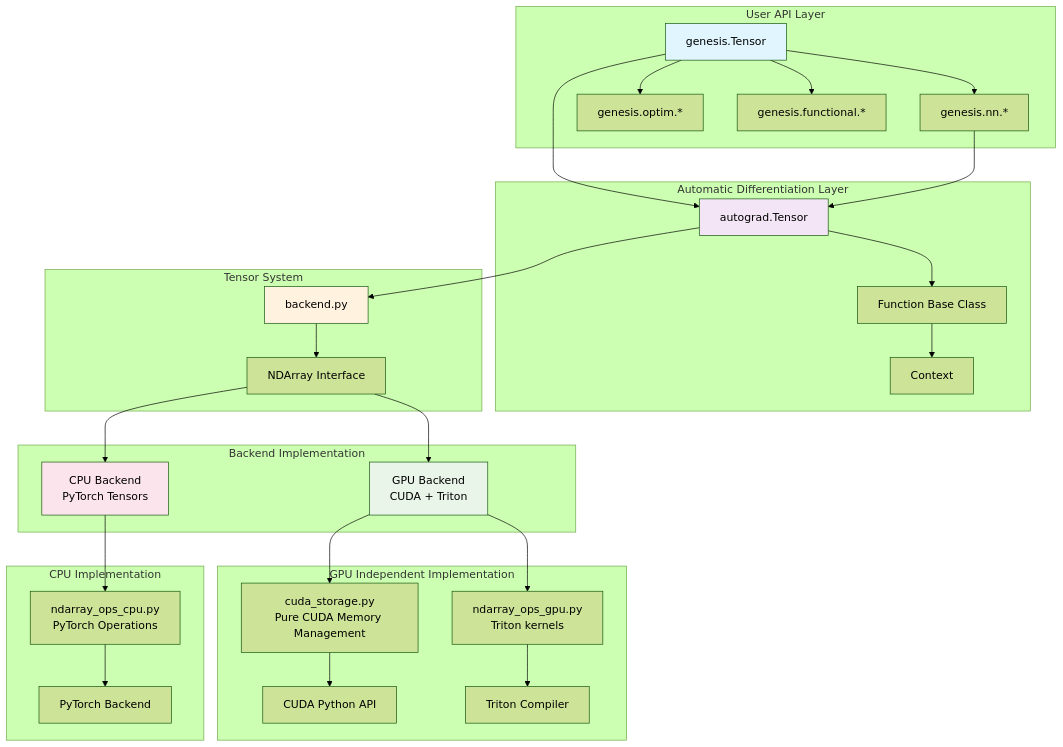
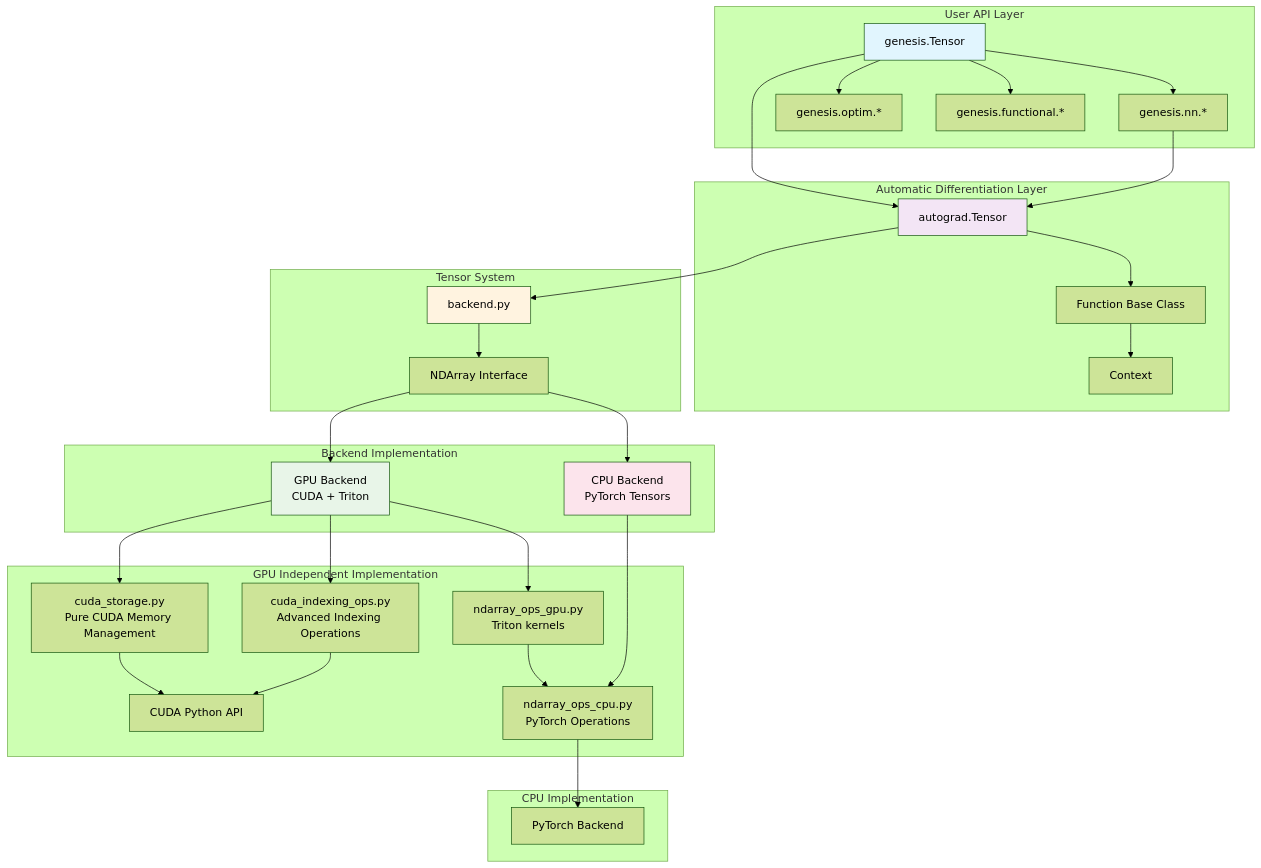
The diagram in docs/en/architecture/index.md (phonism/genesis), drawn with Mermaid (forest theme) before and after one commit. The commit also changed other lines of this file and 18 other files, not shown here.

````diff
--- a/docs/en/architecture/index.md
+++ b/docs/en/architecture/index.md
@@ -7,44 +7,46 @@
 ```mermaid
 graph TB
     subgraph "User API Layer"
         A[genesis.Tensor] --> B[genesis.nn.*]
         A --> C[genesis.optim.*]
         A --> D[genesis.functional.*]
     end
     
     subgraph "Automatic Differentiation Layer"
         E[autograd.Tensor] --> F[Function Base Class]
         F --> G[Context]
     end
     
     subgraph "Tensor System"
         H[backend.py] --> I[NDArray Interface]
     end
     
     subgraph "Backend Implementation"
         I --> J[CPU Backend<br/>PyTorch Tensors]
         I --> K[GPU Backend<br/>CUDA + Triton]
     end
     
     subgraph "GPU Independent Implementation"
         K --> L[cuda_storage.py<br/>Pure CUDA Memory Management]
-        K --> M[ndarray_ops_gpu.py<br/>Triton kernels]
-        L --> N[CUDA Python API]
-        M --> O[Triton Compiler]
+        K --> M[cuda_indexing_ops.py<br/>Advanced Indexing Operations]
+        K --> N[ndarray_ops_gpu.py<br/>Triton kernels]
+        L --> O[CUDA Python API]
+        M --> O
+        N --> P[Triton Compiler]
     end
     
     subgraph "CPU Implementation"
         J --> P[ndarray_ops_cpu.py<br/>PyTorch Operations]
         P --> Q[PyTorch Backend]
     end
     
     A --> E
     B --> E
     E --> H
     
     style A fill:#e1f5fe
     style E fill:#f3e5f5
     style H fill:#fff3e0
     style K fill:#e8f5e8
     style J fill:#fce4ec
 ```
````
